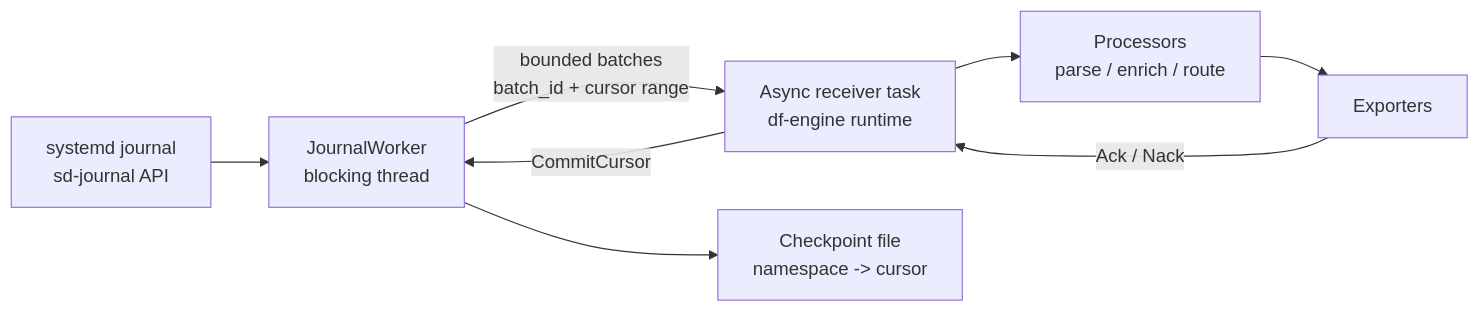
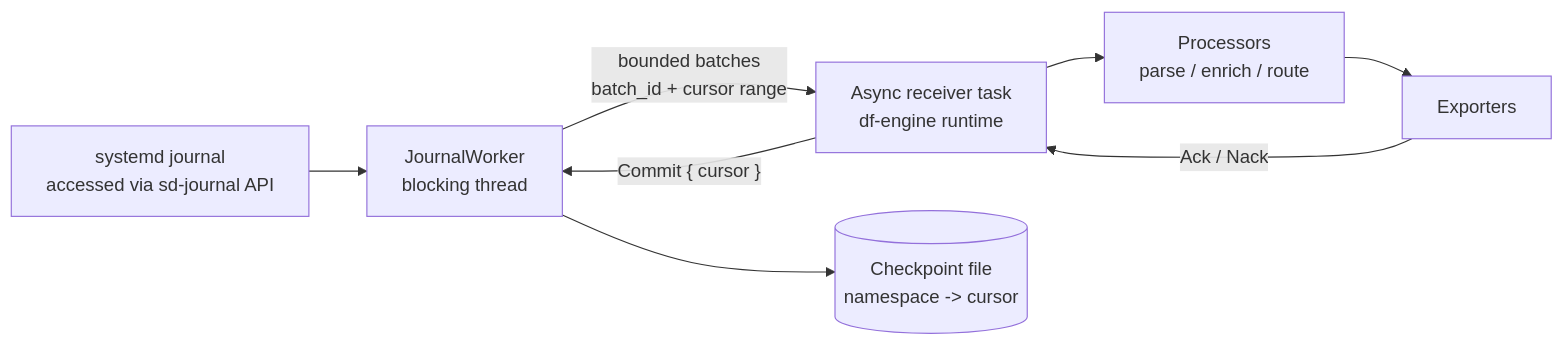
Before and after one commit to open-telemetry/otel-arrow: the first of 3 diagrams in rust/otap-dataflow/docs/journald-receiver.md, drawn with Mermaid. The commit also changed other lines of this file, not shown here.

````diff
--- a/rust/otap-dataflow/docs/journald-receiver.md
+++ b/rust/otap-dataflow/docs/journald-receiver.md
@@ -59,10 +72,10 @@
 ```mermaid
 flowchart LR
-    J["systemd journal<br/>sd-journal API"] --> W["JournalWorker<br/>blocking thread"]
+    J["systemd journal<br/>accessed via sd-journal API"] --> W["JournalWorker<br/>blocking thread"]
     W -->|"bounded batches<br/>batch_id + cursor range"| A["Async receiver task<br/>df-engine runtime"]
     A --> P["Processors<br/>parse / enrich / route"]
     P --> E["Exporters"]
     E -->|"Ack / Nack"| A
-    A -->|"CommitCursor"| W
-    W --> C["Checkpoint file<br/>namespace -> cursor"]
+    A -->|"Commit { cursor }"| W
+    W --> C[("Checkpoint file<br/>namespace -> cursor")]
 ```
````
